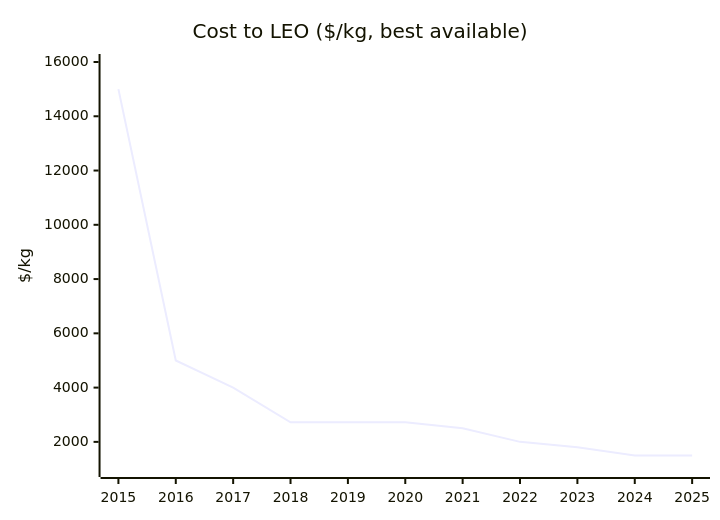
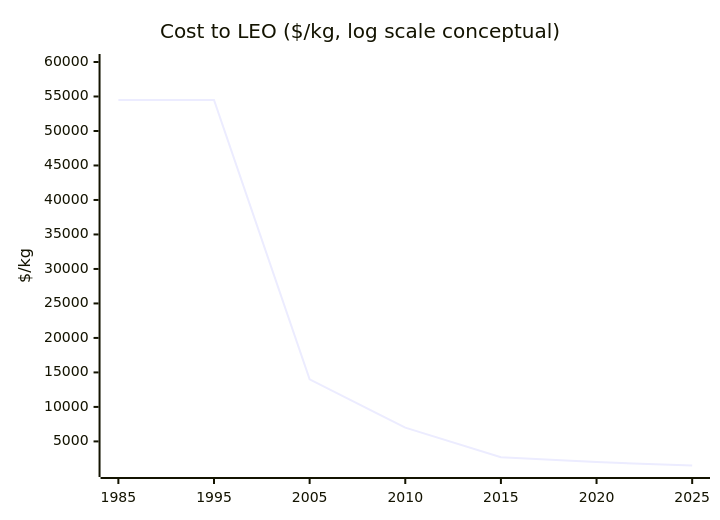
The first of 3 diagrams in pilot-2025/rockets.md (pasky/grand-endeavors), drawn with Mermaid before and after one commit. The commit also changed other lines of this file, not shown here.

````diff
--- a/pilot-2025/rockets.md
+++ b/pilot-2025/rockets.md
@@ -34,7 +38,7 @@
 ```mermaid
 xychart-beta
-    title "Cost to LEO ($/kg, best available)"
-    x-axis [2015, 2016, 2017, 2018, 2019, 2020, 2021, 2022, 2023, 2024, 2025]
-    y-axis "$/kg" 1000 --> 16000
-    line [15000, 5000, 4000, 2720, 2720, 2720, 2500, 2000, 1800, 1500, 1500]
+    title "Cost to LEO ($/kg, log scale conceptual)"
+    x-axis [1985, 1995, 2005, 2010, 2015, 2020, 2025]
+    y-axis "$/kg" 1000 --> 60000
+    line [54500, 54500, 14000, 7000, 2720, 2000, 1500]
 ```
````
